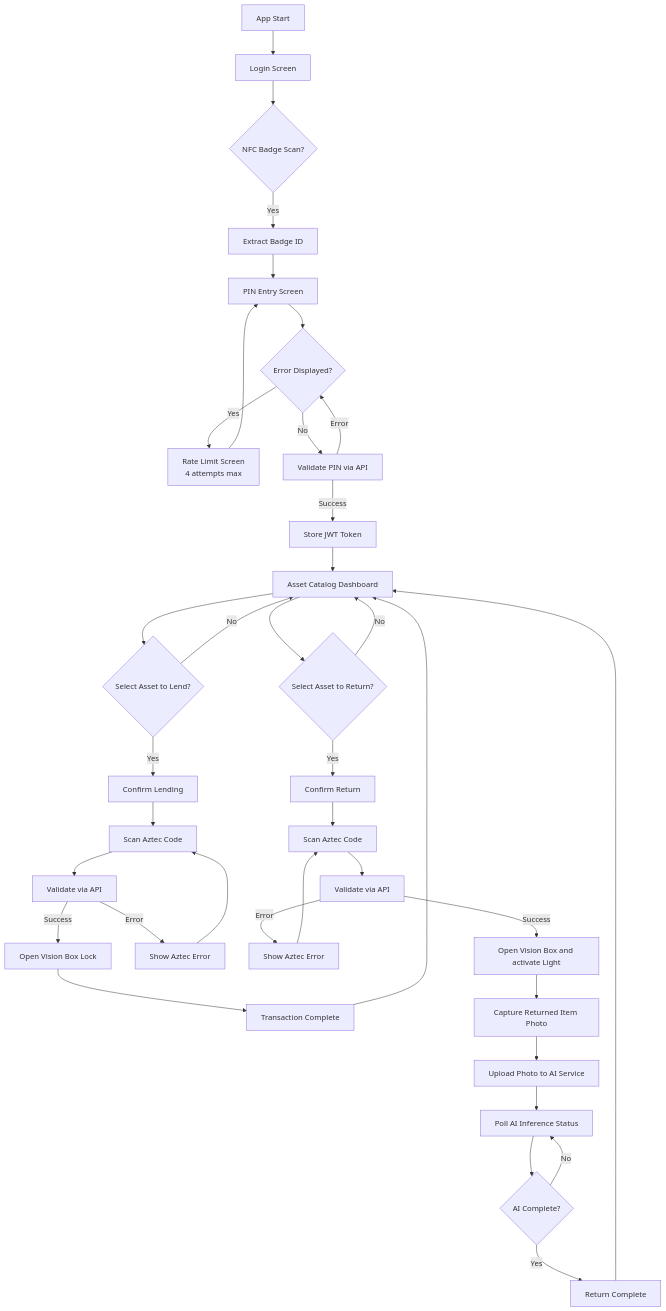
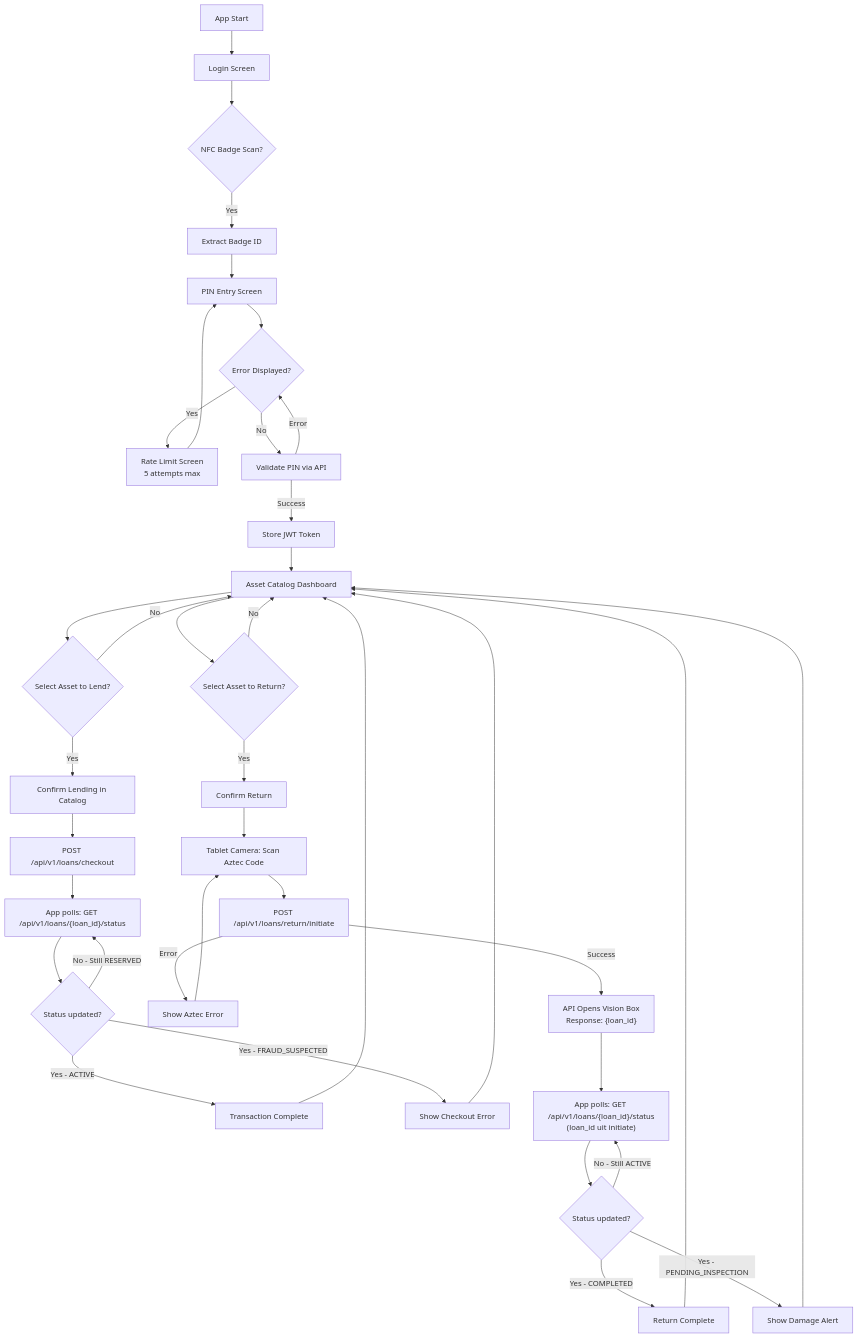
The diagram in kiosk-app/mermaid-flowchart.md (easylend-practice-enterprise/easylend), drawn with Mermaid before and after one commit. The commit also changed 12 other files, not shown here.

First line of the commit message:
Chore/architecture planning (#32)

````diff
--- a/kiosk-app/mermaid-flowchart.md
+++ b/kiosk-app/mermaid-flowchart.md
@@ -3,53 +3,58 @@
 ```mermaid
-flowchart
+flowchart TD
     Start[App Start] --> Login[Login Screen]
 
     Login --> NFC{NFC Badge Scan?}
     NFC -->|Yes| BadgeID[Extract Badge ID]
     BadgeID --> PIN[PIN Entry Screen]
 
     PIN --> ShowError{Error Displayed?}
-    ShowError -->|Yes| RateLimit[Rate Limit Screen<br/>4 attempts max]
+    ShowError -->|Yes| RateLimit[Rate Limit Screen<br/>5 attempts max]
     ShowError -->|No| Validate[Validate PIN via API]
 
     Validate -->|Success| AuthSuccess[Store JWT Token]
     Validate -->|Error| ShowError
 
     RateLimit --> PIN
 
     AuthSuccess --> Dashboard[Asset Catalog Dashboard]
 
+    %% CHECKOUT FLOW (Uitlenen via REST Polling)
     Dashboard --> SelectAsset{Select Asset to Lend?}
-    SelectAsset -->|Yes| ConfirmLend[Confirm Lending]
+    SelectAsset -->|Yes| ConfirmLend[Confirm Lending in Catalog]
     SelectAsset -->|No| Dashboard
 
-    ConfirmLend --> ScanAztec[Scan Aztec Code]
-    ScanAztec --> ValidateAztec[Validate via API]
-    ValidateAztec -->|Success| OpenBox[Open Vision Box Lock]
-    ValidateAztec -->|Error| ShowAztecError[Show Aztec Error]
-    ShowAztecError --> ScanAztec
-
-    OpenBox --> LendSuccess[Transaction Complete]
+    ConfirmLend --> APIOpenBox[POST /api/v1/loans/checkout]
+    APIOpenBox --> PollCheckout["App polls: GET /api/v1/loans/{loan_id}/status"]
+    
+    PollCheckout --> CheckoutStatus{Status updated?}
+    CheckoutStatus -->|No - Still RESERVED| PollCheckout
+    CheckoutStatus -->|Yes - ACTIVE| LendSuccess[Transaction Complete]
+    CheckoutStatus -->|Yes - FRAUD_SUSPECTED| CheckoutError[Show Checkout Error]
+    
+    CheckoutError --> Dashboard
     LendSuccess --> Dashboard
 
+    %% RETURN FLOW (Inleveren met Tablet Camera via REST Polling)
     Dashboard --> SelectReturn{Select Asset to Return?}
     SelectReturn -->|Yes| ConfirmReturn[Confirm Return]
-    ConfirmReturn --> ScanAztecReturn[Scan Aztec Code]
-    ScanAztecReturn --> ValidateAztecReturn[Validate via API]
+    SelectReturn -->|No| Dashboard
+
+    ConfirmReturn --> ScanAztecReturn[Tablet Camera: Scan Aztec Code]
+    ScanAztecReturn --> ValidateAztecReturn[POST /api/v1/loans/return/initiate]
+    
     ValidateAztecReturn -->|Error| ShowAztecErrorReturn[Show Aztec Error]
     ShowAztecErrorReturn --> ScanAztecReturn
 
-    ValidateAztecReturn -->|Success| ActivateLight[Open Vision Box and activate Light]
-    SelectReturn -->|No| Dashboard
+    ValidateAztecReturn -->|Success| ReturnOpenBox["API Opens Vision Box<br/>Response: {loan_id}"]
+    ReturnOpenBox --> PollReturn["App polls: GET /api/v1/loans/{loan_id}/status<br/>(loan_id uit initiate)"]
 
-    ActivateLight --> CapturePhoto[Capture Returned Item Photo]
-    CapturePhoto --> UploadPhoto[Upload Photo to AI Service]
+    PollReturn --> ReturnStatus{Status updated?}
+    ReturnStatus -->|No - Still ACTIVE| PollReturn
+    ReturnStatus -->|Yes - COMPLETED| ReturnSuccess[Return Complete]
+    ReturnStatus -->|Yes - PENDING_INSPECTION| ReturnQuarantine[Show Damage Alert]
 
-    UploadPhoto --> PollAI[Poll AI Inference Status]
-    PollAI --> AIComplete{AI Complete?}
-    AIComplete -->|Yes| ReturnSuccess[Return Complete]
-    AIComplete -->|No| PollAI
-
+    ReturnQuarantine --> Dashboard
     ReturnSuccess --> Dashboard
 
 ```
````
